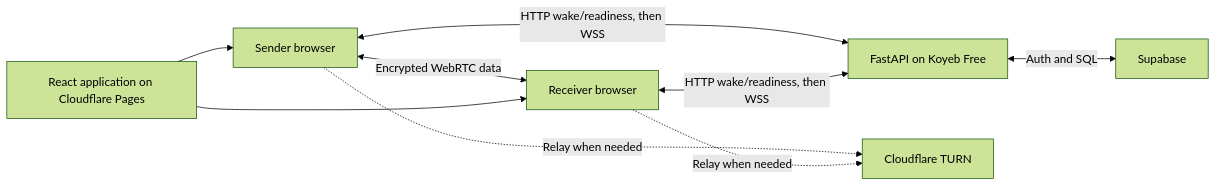
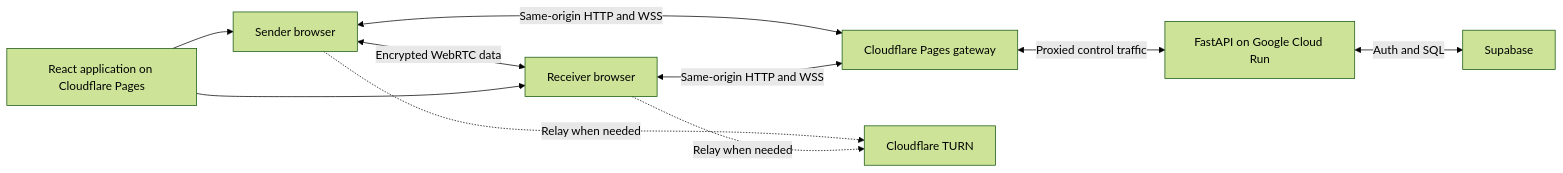
One commit to Vay134/SelfRelay changed the diagram in README.md. Above: the diagram before and after it, drawn with Mermaid (forest theme). The commit also changed other lines of this file and 9 other files, not shown here.

Commit message:
docs(deployment): switch to Cloud Run and Brevo

````diff
--- a/README.md
+++ b/README.md
@@ -27,11 +27,12 @@
 ```mermaid
 flowchart LR
     A[Sender browser] <-->|Encrypted WebRTC data| B[Receiver browser]
-    A <-->|HTTP wake/readiness, then WSS| API[FastAPI on Koyeb Free]
-    B <-->|HTTP wake/readiness, then WSS| API
+    A <-->|Same-origin HTTP and WSS| G[Cloudflare Pages gateway]
+    B <-->|Same-origin HTTP and WSS| G
+    G <-->|Proxied control traffic| API[FastAPI on Google Cloud Run]
     API <-->|Auth and SQL| DB[Supabase]
     A -.->|Relay when needed| TURN[Cloudflare TURN]
     B -.->|Relay when needed| TURN
     WEB[React application on Cloudflare Pages] --> A
     WEB --> B
 ```
````
